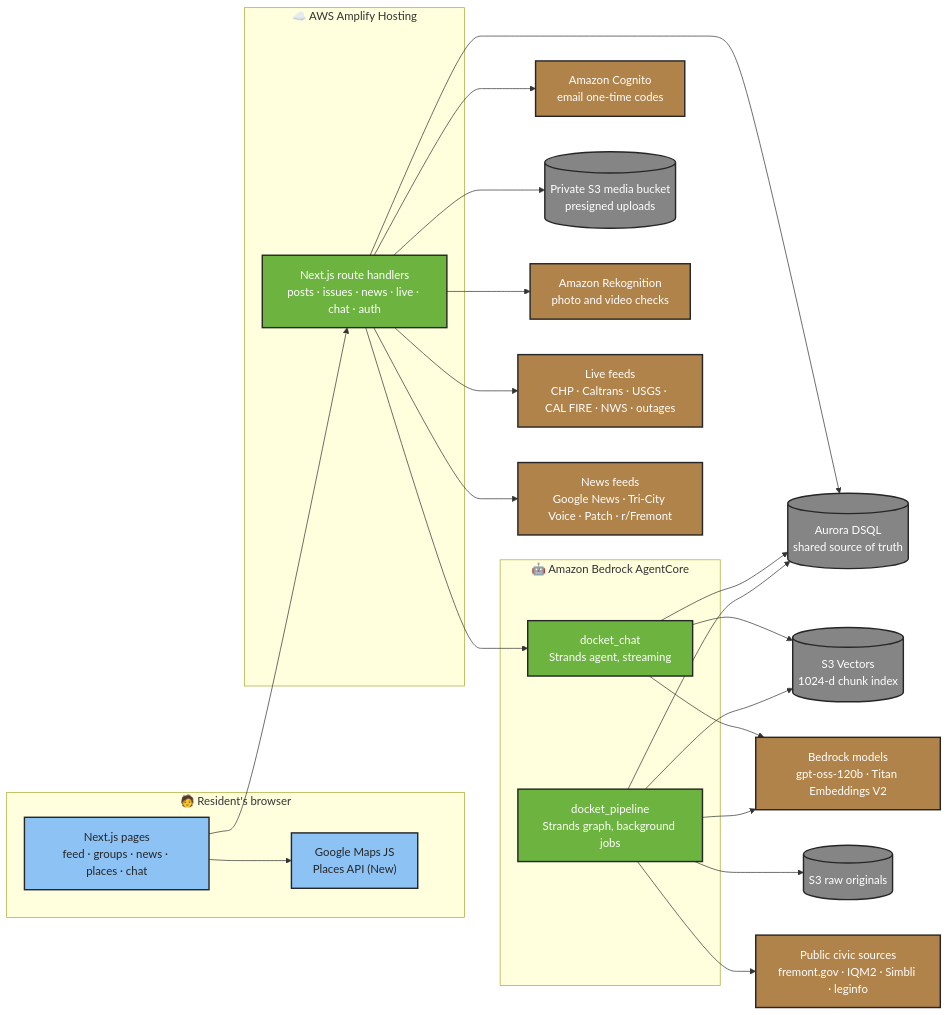
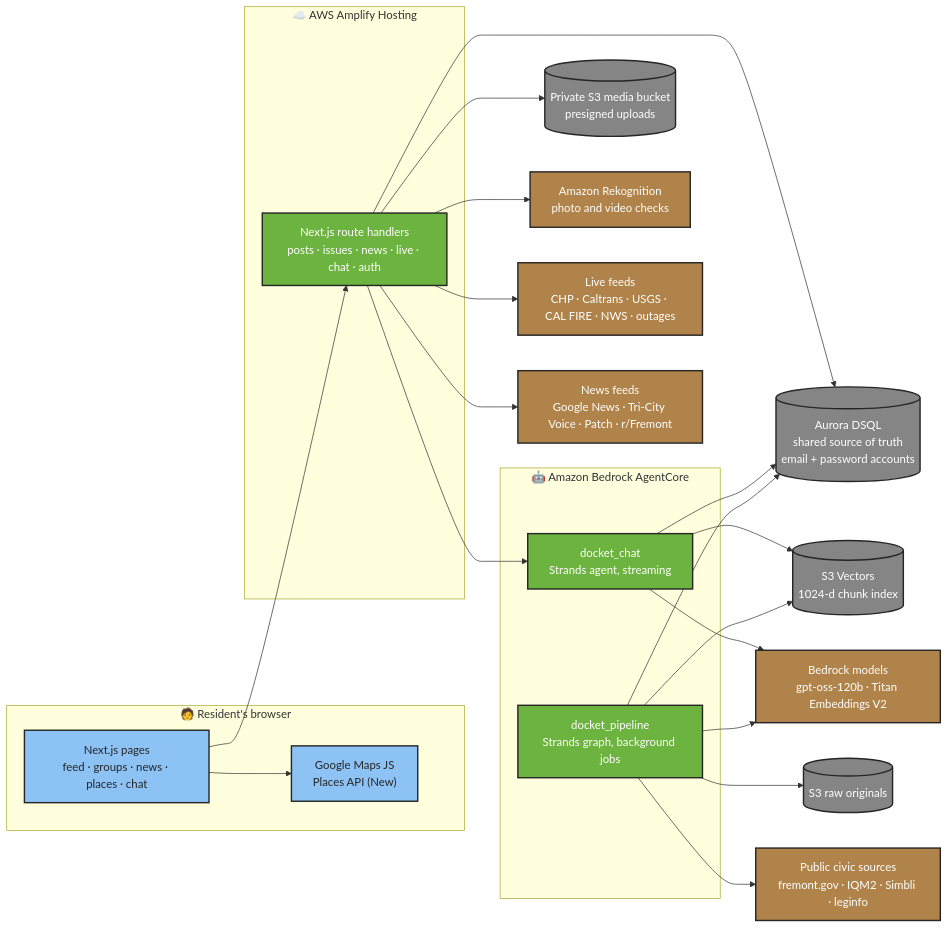
One commit to k1lst1x/DOCKET changed the third of 3 diagrams in README.md. Above: the diagram before and after it, drawn with Mermaid. The commit also changed other lines of this file and 5 other files, not shown here.

First line of the commit message:
docs: architecture diagram and docs match email and password accounts

````diff
--- a/README.md
+++ b/README.md
@@ -246,44 +245,43 @@
 ```mermaid
 flowchart LR
   subgraph Browser["🧑 Resident's browser"]
     UI["Next.js pages<br/>feed · groups · news · places · chat"]
     GM["Google Maps JS<br/>Places API (New)"]
   end
 
   subgraph Amplify["☁️ AWS Amplify Hosting"]
     API["Next.js route handlers<br/>posts · issues · news · live · chat · auth"]
   end
 
   subgraph Agents["🤖 Amazon Bedrock AgentCore"]
     CHAT["docket_chat<br/>Strands agent, streaming"]
     PIPE["docket_pipeline<br/>Strands graph, background jobs"]
   end
 
   UI --> API
   UI --> GM
-  API --> COG["Amazon Cognito<br/>email one-time codes"]
-  API --> DSQL[("Aurora DSQL<br/>shared source of truth")]
+  API --> DSQL[("Aurora DSQL<br/>shared source of truth<br/>email + password accounts")]
   API --> MEDIA[("Private S3 media bucket<br/>presigned uploads")]
   API --> REK["Amazon Rekognition<br/>photo and video checks"]
   API --> LIVE["Live feeds<br/>CHP · Caltrans · USGS · CAL FIRE · NWS · outages"]
   API --> NEWS["News feeds<br/>Google News · Tri-City Voice · Patch · r/Fremont"]
   API --> CHAT
 
   CHAT --> DSQL
   CHAT --> VEC[("S3 Vectors<br/>1024-d chunk index")]
   CHAT --> LLM["Bedrock models<br/>gpt-oss-120b · Titan Embeddings V2"]
   PIPE --> LLM
   PIPE --> VEC
   PIPE --> RAW[("S3 raw originals")]
   PIPE --> DSQL
   PIPE --> CIVIC["Public civic sources<br/>fremont.gov · IQM2 · Simbli · leginfo"]
 
   classDef grass fill:#6DB33F,stroke:#262626,stroke-width:2px,color:#FFFFFF
   classDef stone fill:#858585,stroke:#262626,stroke-width:2px,color:#FFFFFF
   classDef sky fill:#8DC2F5,stroke:#262626,stroke-width:2px,color:#262626
   classDef wood fill:#B0834A,stroke:#262626,stroke-width:2px,color:#FFFFFF
   class UI,GM sky
   class API,CHAT,PIPE grass
   class DSQL,MEDIA,VEC,RAW stone
-  class COG,REK,LLM,LIVE,NEWS,CIVIC wood
+  class REK,LLM,LIVE,NEWS,CIVIC wood
 ```
````
